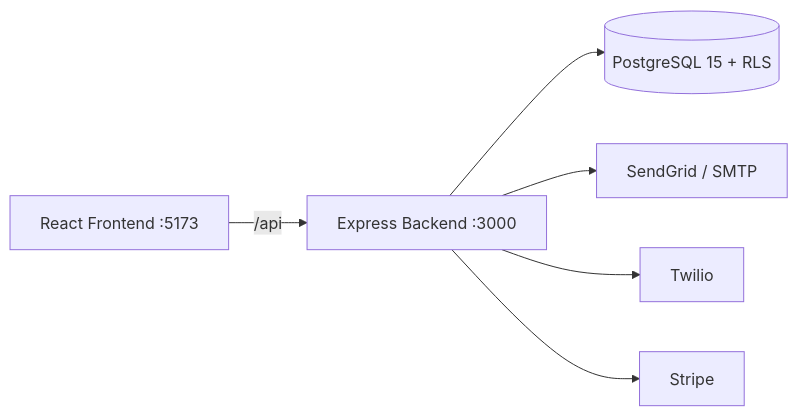
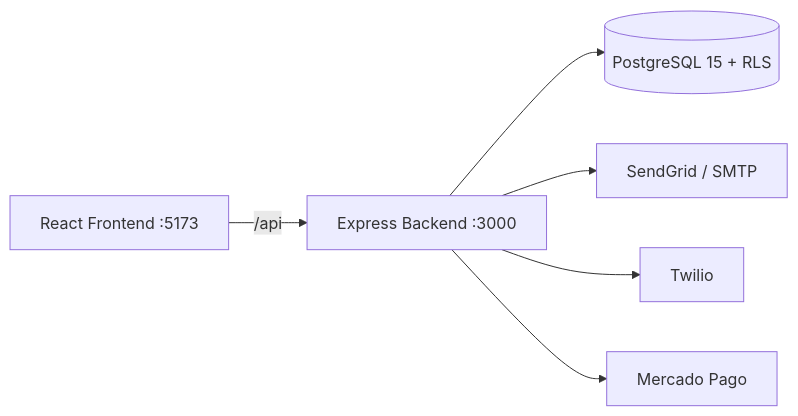
Before and after one commit to bentlyy/Clinica-Salud-Vital: the diagram in wiki/00-INICIO/Vision-General.md, drawn with Mermaid. The commit also changed other lines of this file and 93 other files, not shown here.

First line of the commit message:
feat(pagos): migración Stripe a Mercado Pago (webhook público, CLP)

````diff
--- a/wiki/00-INICIO/Vision-General.md
+++ b/wiki/00-INICIO/Vision-General.md
@@ -39,8 +39,8 @@
 ```mermaid
 graph LR
     A[React Frontend :5173] -->|/api| B[Express Backend :3000]
     B --> C[(PostgreSQL 15 + RLS)]
     B --> D[SendGrid / SMTP]
     B --> E[Twilio]
-    B --> F[Stripe]
+    B --> F[Mercado Pago]
 ```
````
